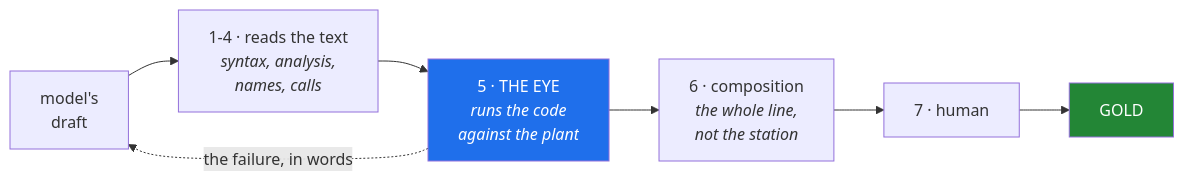
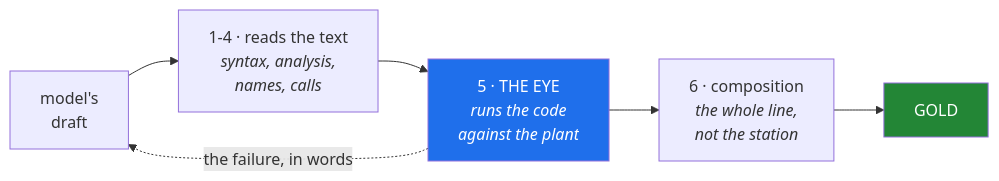
One commit to antonbj3/VC_Assist changed the second of 3 diagrams in docs/PRESENTATION_UTKAST.md. Above: the diagram before and after it, drawn with Mermaid. The commit also changed other lines of this file, not shown here.

Commit message:
presentationen: grind 7 'human' bort, NEVER DONE -> BEING CLOSED NOW, negativlistan kortad till sakerhetsgransen, hand-written -> utanfor slingan

````diff
--- a/docs/PRESENTATION_UTKAST.md
+++ b/docs/PRESENTATION_UTKAST.md
@@ -63,11 +63,11 @@
 ```mermaid
 flowchart LR
     M["model's<br/>draft"] --> T["1-4 · reads the text<br/><i>syntax, analysis,<br/>names, calls</i>"]
     T --> O["5 · THE EYE<br/><i>runs the code<br/>against the plant</i>"]
     O --> K["6 · composition<br/><i>the whole line,<br/>not the station</i>"]
-    K --> H["7 · human"] --> G["GOLD"]
+    K --> G["GOLD"]
     O -.->|"the failure, in words"| M
 
     style O fill:#1f6feb,color:#fff
     style G fill:#238636,color:#fff
 ```
````
